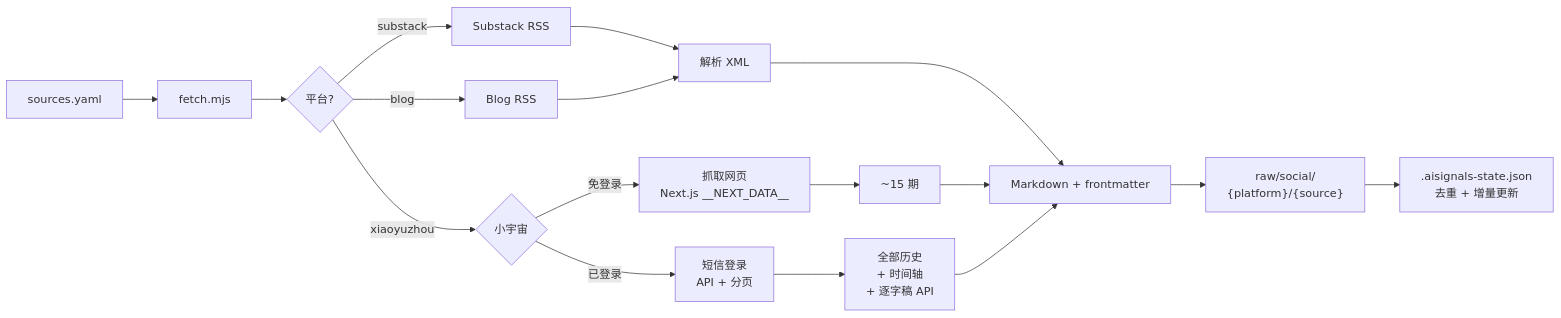
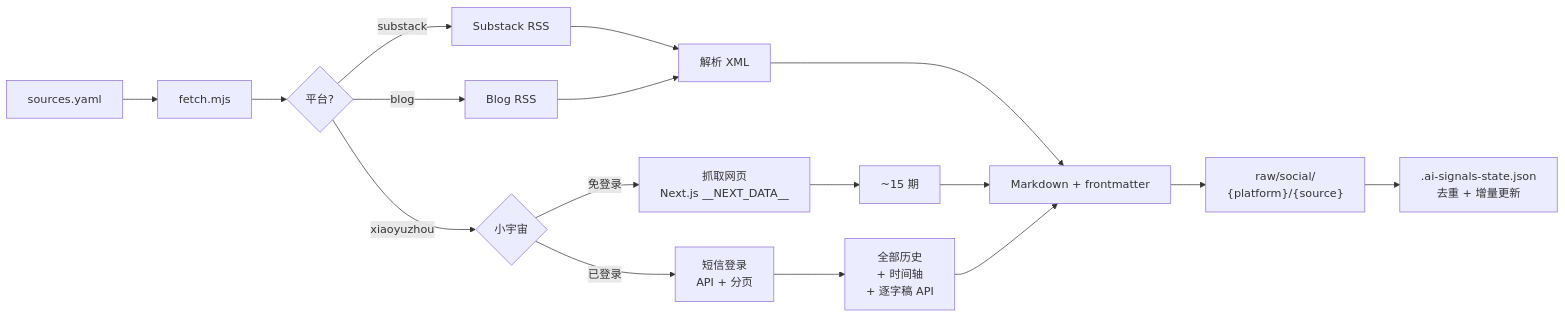
One commit to Royce17/AI-Signals changed the diagram in README.zh-CN.md. Above: the diagram before and after it, drawn with Mermaid. The commit also changed other lines of this file and 11 other files, not shown here.

````diff
--- a/README.zh-CN.md
+++ b/README.zh-CN.md
@@ -39,32 +39,32 @@
 ```mermaid
 flowchart LR
     A[sources.yaml] --> B[fetch.mjs]
     B --> C{平台?}
 
     C -->|substack| D[Substack RSS]
     C -->|blog| E[Blog RSS]
     C -->|xiaoyuzhou| F{小宇宙}
 
     D --> G[解析 XML]
     E --> G
 
     F -->|免登录| H["抓取网页
 Next.js __NEXT_DATA__"]
     F -->|已登录| I["短信登录
 API + 分页"]
 
     H --> J[~15 期]
     I --> K["全部历史
 + 时间轴
 + 逐字稿 API"]
 
     G --> L[Markdown + frontmatter]
     J --> L
     K --> L
 
     L --> M["raw/social/
 {platform}/{source}"]
 
-    M --> N[".aisignals-state.json
+    M --> N[".ai-signals-state.json
 去重 + 增量更新"]
 ```
````
